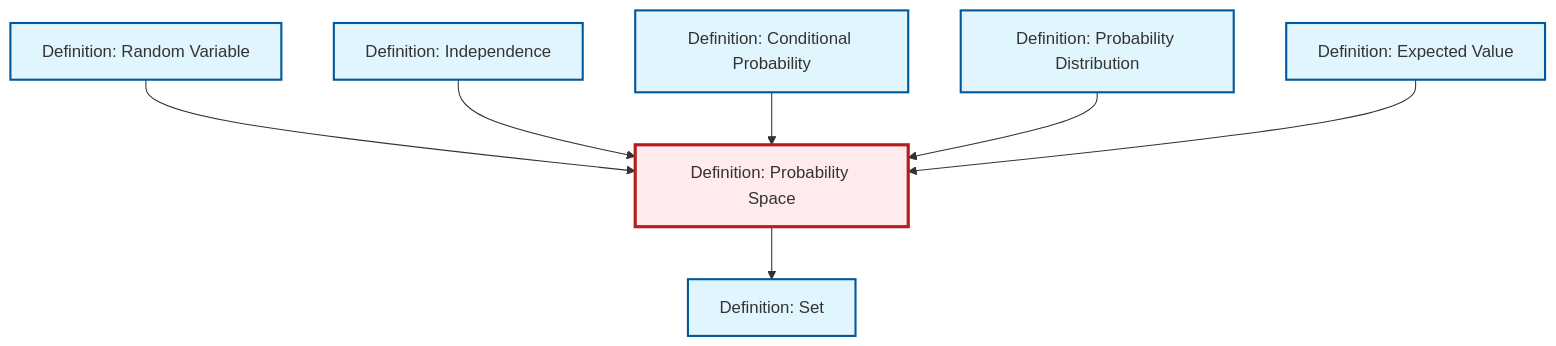
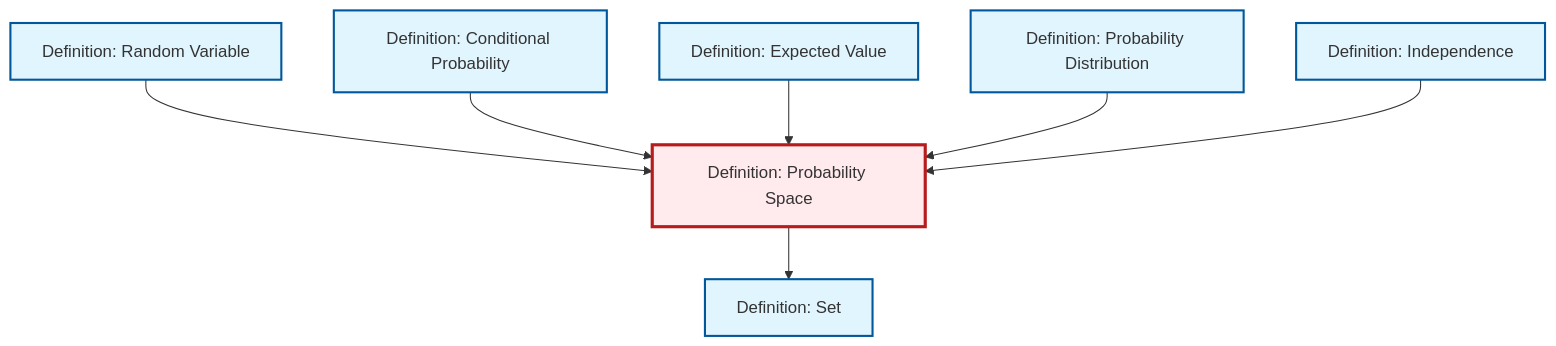
Before and after one commit to RK0429/ModernMath: the diagram in content/ja/probability-statistics/def-probability-space.qmd, drawn with Mermaid. The commit also changed other lines of this file and 654 other files, not shown here.

````diff
--- a/content/ja/probability-statistics/def-probability-space.qmd
+++ b/content/ja/probability-statistics/def-probability-space.qmd
@@ -47,29 +47,29 @@
 ```{mermaid}
 %%| fig-cap: "Local dependency graph"
 graph TD
     classDef definition fill:#e1f5fe,stroke:#01579b,stroke-width:2px
     classDef theorem fill:#f3e5f5,stroke:#4a148c,stroke-width:2px
     classDef axiom fill:#fff3e0,stroke:#e65100,stroke-width:2px
     classDef example fill:#e8f5e9,stroke:#1b5e20,stroke-width:2px
     classDef current fill:#ffebee,stroke:#b71c1c,stroke-width:3px
-    def-independence["Definition: Independence"]:::definition
-    def-conditional-probability["Definition: Conditional Probability"]:::definition
-    def-probability-space["Definition: Probability Space"]:::definition
+    def-set["Definition: Set"]:::definition
     def-expectation["Definition: Expected Value"]:::definition
     def-probability-distribution["Definition: Probability Distribution"]:::definition
-    def-set["Definition: Set"]:::definition
+    def-conditional-probability["Definition: Conditional Probability"]:::definition
     def-random-variable["Definition: Random Variable"]:::definition
+    def-independence["Definition: Independence"]:::definition
+    def-probability-space["Definition: Probability Space"]:::definition
+    def-probability-space --> def-set
     def-random-variable --> def-probability-space
-    def-probability-space --> def-set
+    def-conditional-probability --> def-probability-space
+    def-expectation --> def-probability-space
+    def-probability-distribution --> def-probability-space
     def-independence --> def-probability-space
-    def-conditional-probability --> def-probability-space
-    def-probability-distribution --> def-probability-space
-    def-expectation --> def-probability-space
     class def-probability-space current
-    click def-independence "def-independence.html" "Definition: Independenceへ"
-    click def-conditional-probability "def-conditional-probability.html" "Definition: Conditional Probabilityへ"
+    click def-set "def-set.html" "Definition: Setへ"
     click def-expectation "def-expectation.html" "Definition: Expected Valueへ"
     click def-probability-distribution "def-probability-distribution.html" "Definition: Probability Distributionへ"
-    click def-set "def-set.html" "Definition: Setへ"
+    click def-conditional-probability "def-conditional-probability.html" "Definition: Conditional Probabilityへ"
     click def-random-variable "def-random-variable.html" "Definition: Random Variableへ"
+    click def-independence "def-independence.html" "Definition: Independenceへ"
 ```
````
